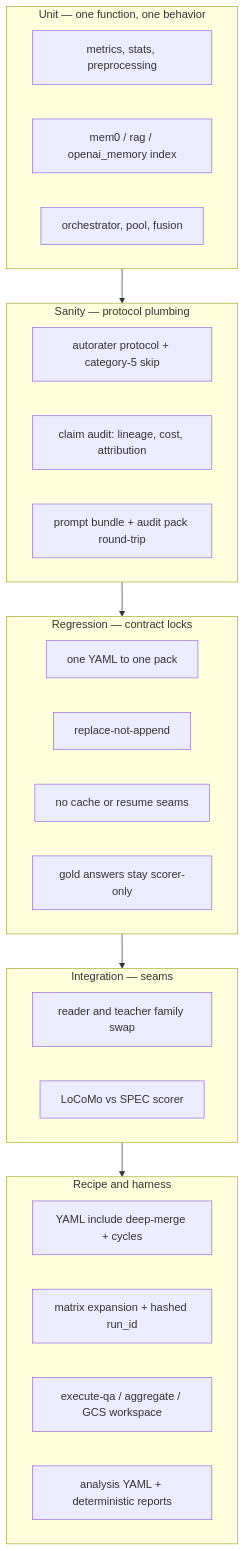
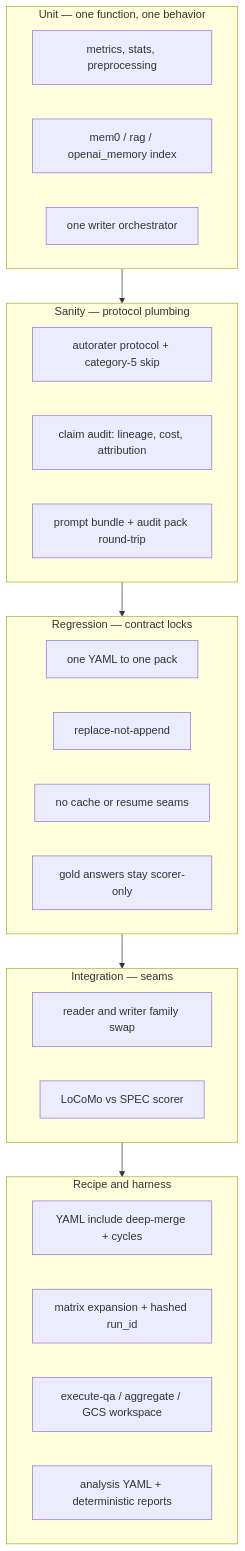
The tenth of 12 diagrams in README.md (park-jsdev/long-term-memory-eval), drawn with Mermaid before and after one commit. The commit also changed other lines of this file and 213 other files, not shown here.

````diff
--- a/README.md
+++ b/README.md
@@ -502,30 +501,30 @@
 ```mermaid
 flowchart TB
   subgraph U["Unit — one function, one behavior"]
     U1["metrics, stats, preprocessing"]
     U2["mem0 / rag / openai_memory index"]
-    U3["orchestrator, pool, fusion"]
+    U3["one writer orchestrator"]
   end
   subgraph S["Sanity — protocol plumbing"]
     S1["autorater protocol + category-5 skip"]
     S2["claim audit: lineage, cost, attribution"]
     S3["prompt bundle + audit pack round-trip"]
   end
   subgraph RG["Regression — contract locks"]
     R1["one YAML to one pack"]
     R2["replace-not-append"]
     R3["no cache or resume seams"]
     R4["gold answers stay scorer-only"]
   end
   subgraph I["Integration — seams"]
-    I1["reader and teacher family swap"]
+    I1["reader and writer family swap"]
     I2["LoCoMo vs SPEC scorer"]
   end
   subgraph C["Recipe and harness"]
     C1["YAML include deep-merge + cycles"]
     C2["matrix expansion + hashed run_id"]
     C3["execute-qa / aggregate / GCS workspace"]
     C4["analysis YAML + deterministic reports"]
   end
   U --> S --> RG --> I --> C
 ```
````
